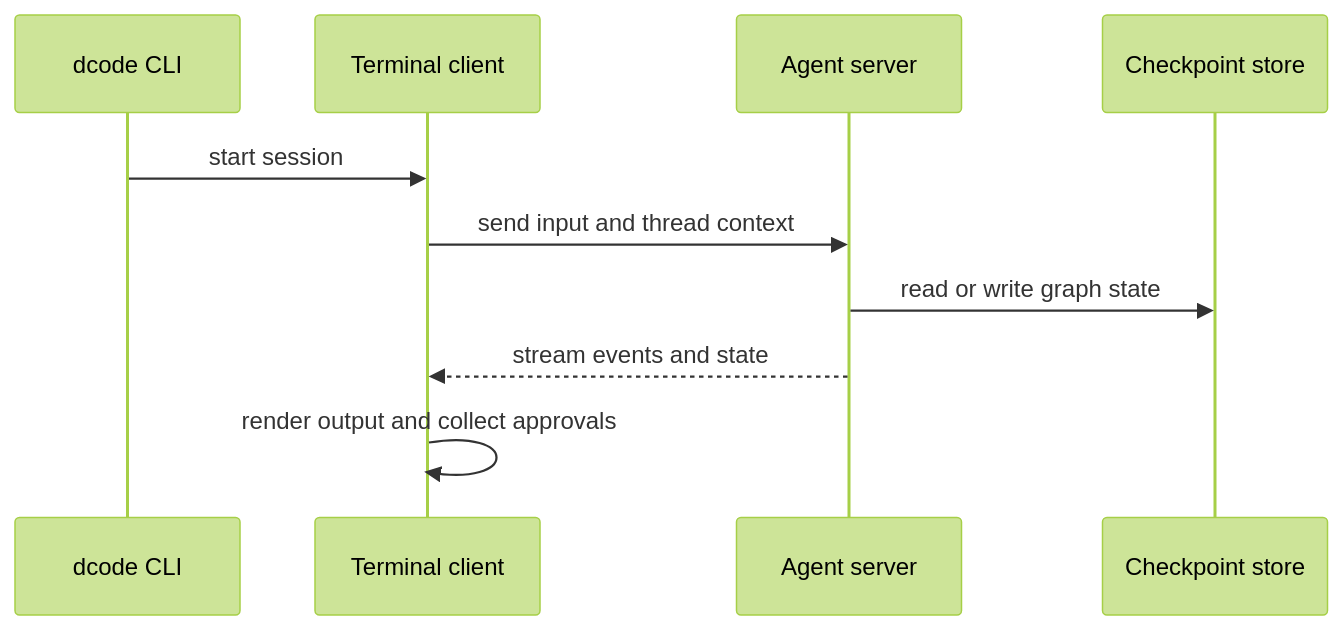
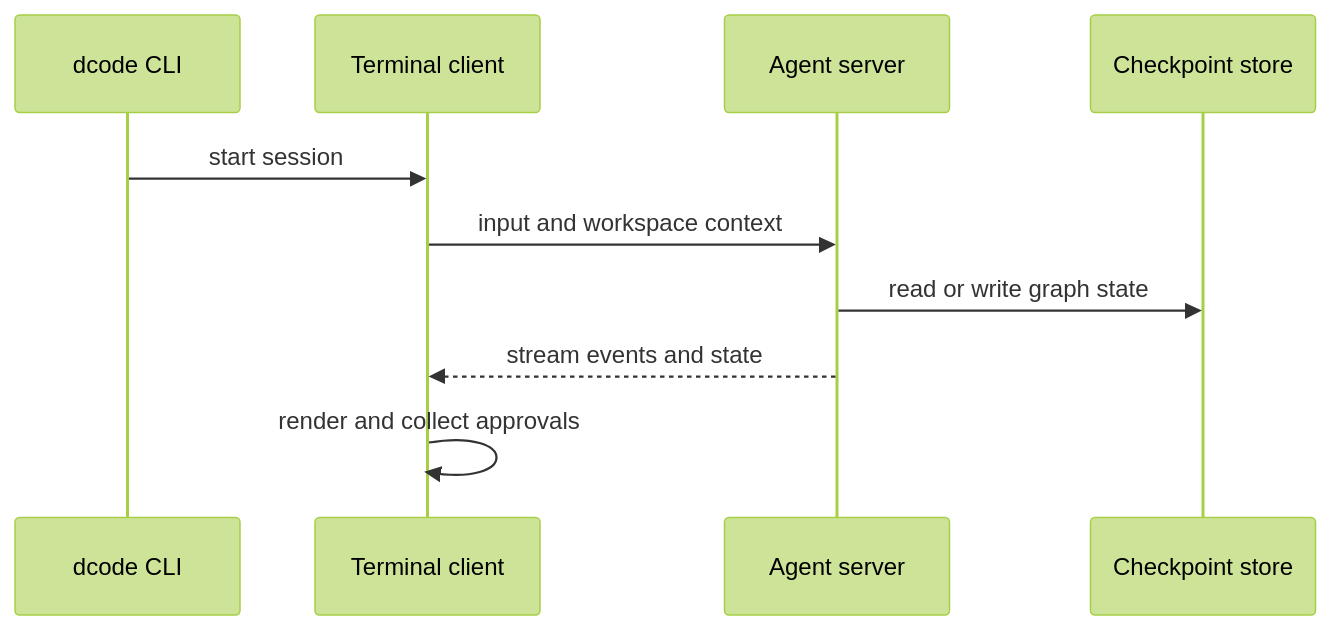
Before and after one commit to langchain-ai/deepagents: the first of 3 diagrams in openwiki/architecture/code-agent.md, drawn with Mermaid (forest theme). The commit also changed other lines of this file and 28 other files, not shown here.

````diff
--- a/openwiki/architecture/code-agent.md
+++ b/openwiki/architecture/code-agent.md
@@ -51,12 +67,12 @@
 ```mermaid
 sequenceDiagram
     participant CLI as dcode CLI
     participant Client as Terminal client
     participant Server as Agent server
     participant Store as Checkpoint store
     CLI->>Client: start session
-    Client->>Server: send input and thread context
+    Client->>Server: input and workspace context
     Server->>Store: read or write graph state
     Server-->>Client: stream events and state
-    Client->>Client: render output and collect approvals
+    Client->>Client: render and collect approvals
 ```
````
